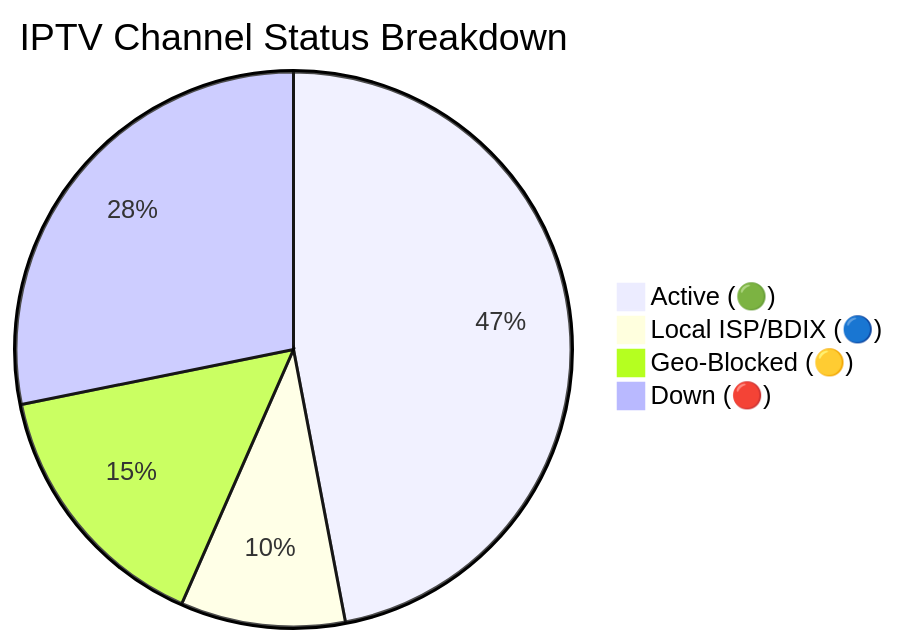
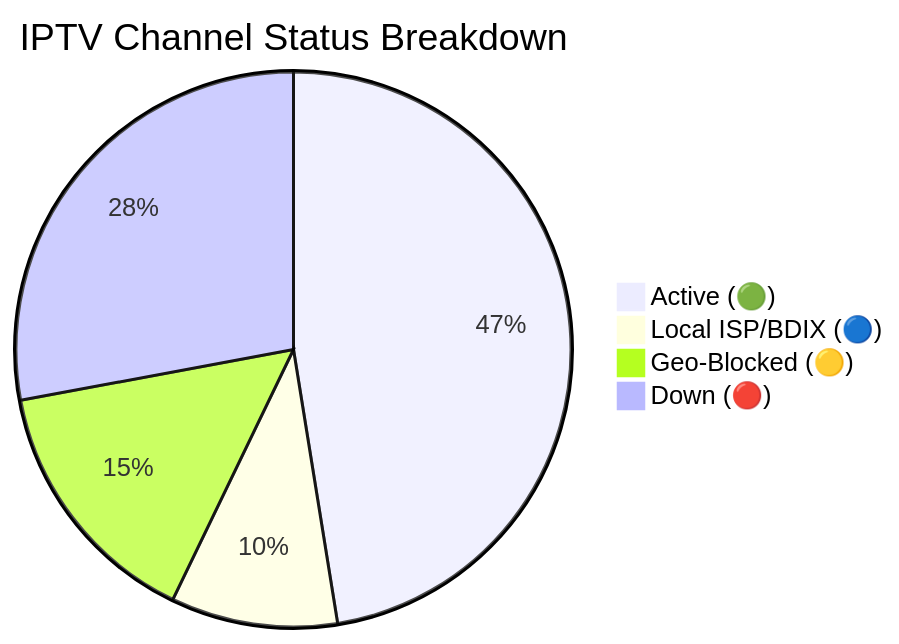
Before and after one commit to f6388600-ai/Web: the diagram in README.md, drawn with Mermaid. The commit also changed other lines of this file and 6 other files, not shown here.

````diff
--- a/README.md
+++ b/README.md
@@ -149,7 +149,7 @@
 ```mermaid
 pie title IPTV Channel Status Breakdown
-    "Active (🟢)" : 8067
-    "Local ISP/BDIX (🔵)" : 1646
-    "Geo-Blocked (🟡)" : 2615
-    "Down (🔴)" : 4835
+    "Active (🟢)" : 8110
+    "Local ISP/BDIX (🔵)" : 1658
+    "Geo-Blocked (🟡)" : 2549
+    "Down (🔴)" : 4773
 ```
````
